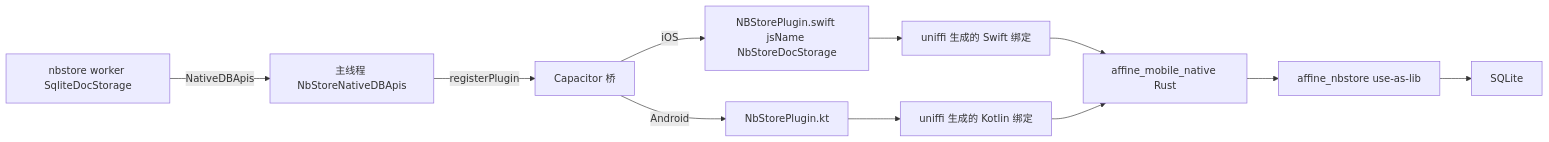
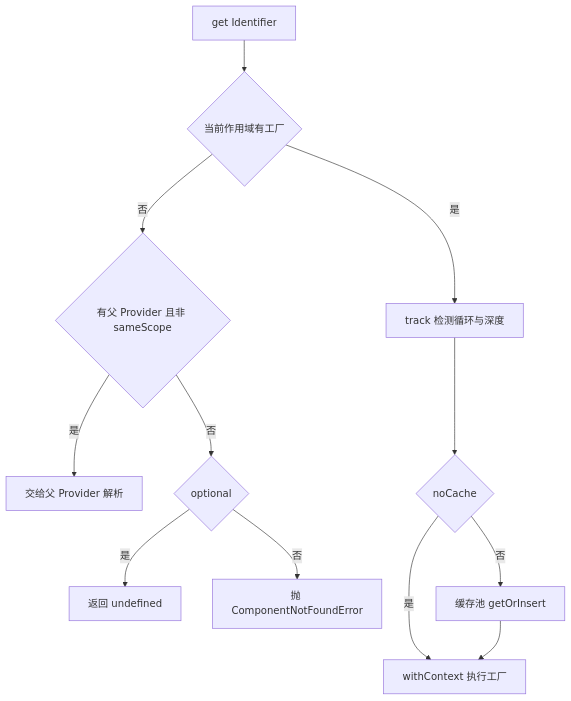
Before and after one commit to lfire/AFFiNE: the second of 5 diagrams in learning-guide/slides/decks/20.md, drawn with Mermaid. The commit also changed other lines of this file and 73 other files, not shown here.

````diff
--- a/learning-guide/slides/decks/20.md
+++ b/learning-guide/slides/decks/20.md
@@ -459,13 +226,14 @@
 ```mermaid
-flowchart LR
-  A["nbstore worker SqliteDocStorage"] -->|NativeDBApis| B["主线程 NbStoreNativeDBApis"]
-  B -->|registerPlugin| C["Capacitor 桥"]
-  C -->|iOS| D["NBStorePlugin.swift jsName NbStoreDocStorage"]
-  C -->|Android| E["NbStorePlugin.kt"]
-  D --> F["uniffi 生成的 Swift 绑定"]
-  E --> G["uniffi 生成的 Kotlin 绑定"]
-  F --> H["affine_mobile_native Rust"]
-  G --> H
-  H --> I["affine_nbstore use-as-lib"]
-  I --> J["SQLite"]
+flowchart TD
+  A["get Identifier"] --> B{"当前作用域有工厂"}
+  B -- 否 --> C{"有父 Provider 且非 sameScope"}
+  C -- 是 --> D["交给父 Provider 解析"]
+  C -- 否 --> E{"optional"}
+  E -- 是 --> F["返回 undefined"]
+  E -- 否 --> G["抛 ComponentNotFoundError"]
+  B -- 是 --> H["track 检测循环与深度"]
+  H --> I{"noCache"}
+  I -- 是 --> J["withContext 执行工厂"]
+  I -- 否 --> K["缓存池 getOrInsert"]
+  K --> J
 ```
````
